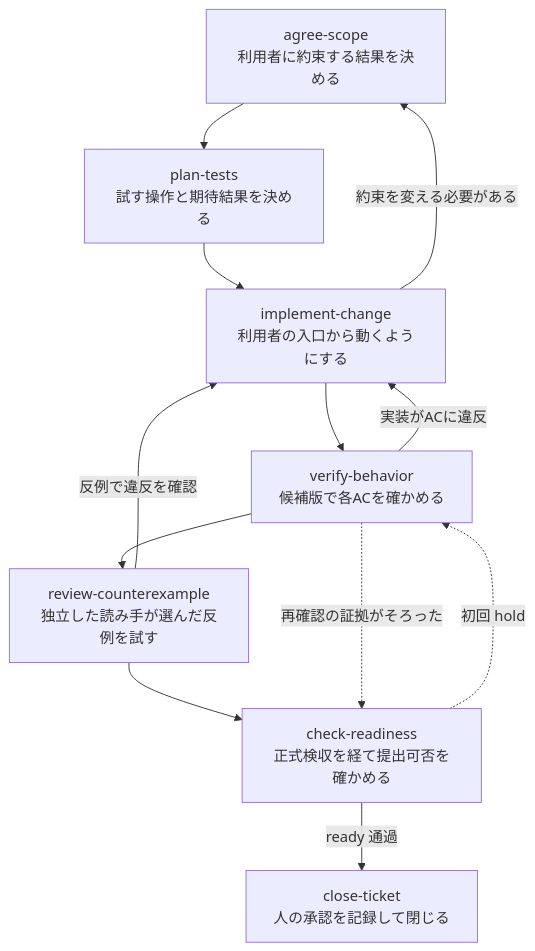
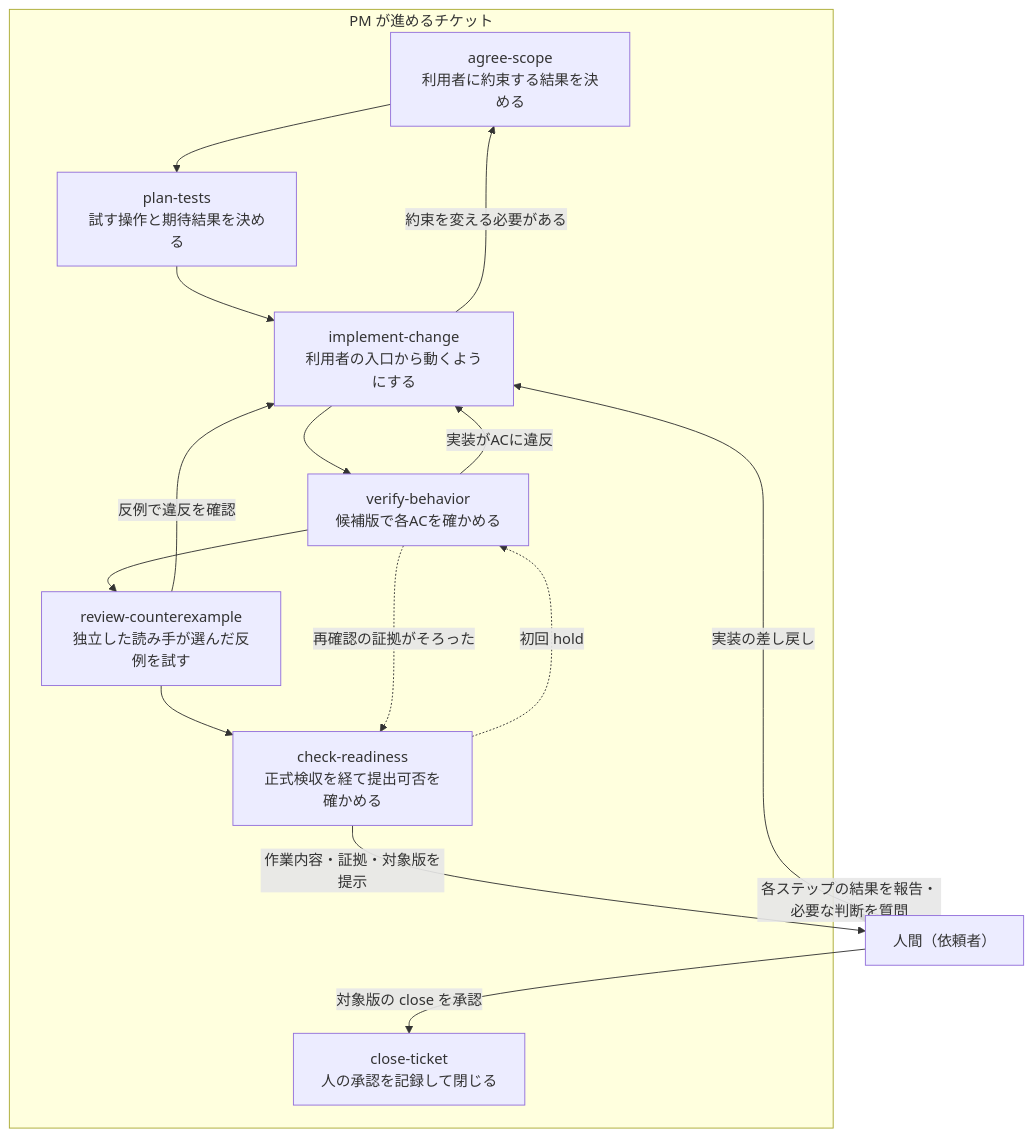
The diagram in skills/pdh/SKILL.md (masuidrive/pdh), drawn with Mermaid before and after one commit. The commit also changed other lines of this file, not shown here.

Commit message:
Show PM reporting, questions, and human close approval in the PDH flow

````diff
--- a/skills/pdh/SKILL.md
+++ b/skills/pdh/SKILL.md
@@ -8,18 +10,24 @@
 ```mermaid
 flowchart TD
+    subgraph flow["PM が進めるチケット"]
     agree["agree-scope<br/>利用者に約束する結果を決める"]
     plan["plan-tests<br/>試す操作と期待結果を決める"]
     build["implement-change<br/>利用者の入口から動くようにする"]
     verify["verify-behavior<br/>候補版で各ACを確かめる"]
     review["review-counterexample<br/>独立した読み手が選んだ反例を試す"]
     ready["check-readiness<br/>正式検収を経て提出可否を確かめる"]
     close["close-ticket<br/>人の承認を記録して閉じる"]
 
     agree --> plan --> build --> verify --> review --> ready
     build -->|約束を変える必要がある| agree
     verify -->|実装がACに違反| build
     review -->|反例で違反を確認| build
     ready -.->|初回 hold| verify
     verify -.->|再確認の証拠がそろった| ready
-    ready -->|ready 通過| close
+    end
+    human["人間（依頼者）"]
+    flow -.->|各ステップの結果を報告・必要な判断を質問| human
+    ready -->|作業内容・証拠・対象版を提示| human
+    human -->|対象版の close を承認| close
+    human -->|実装の差し戻し| build
 ```
````
